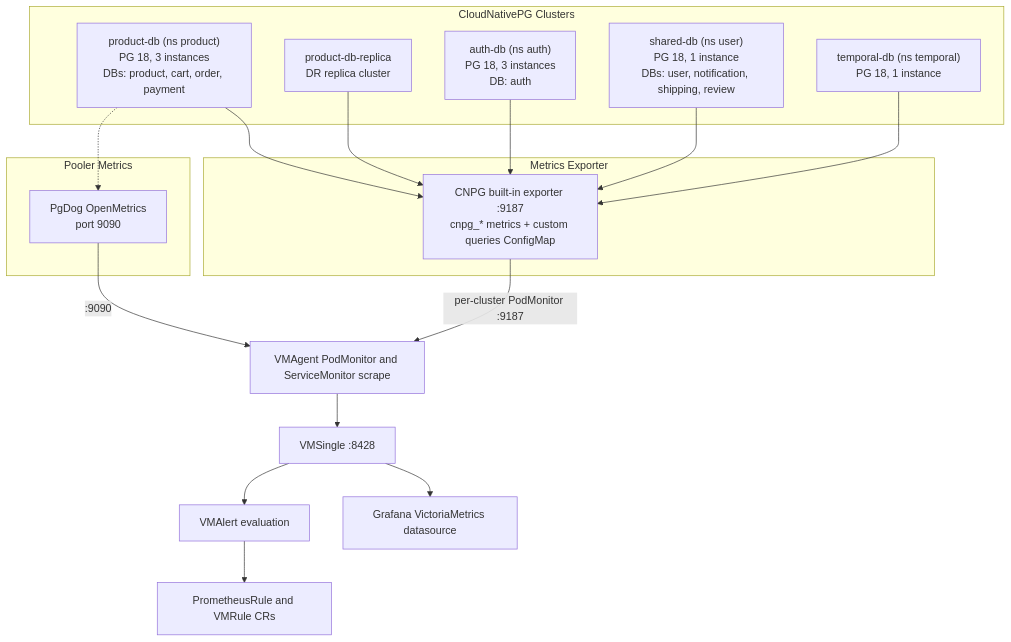
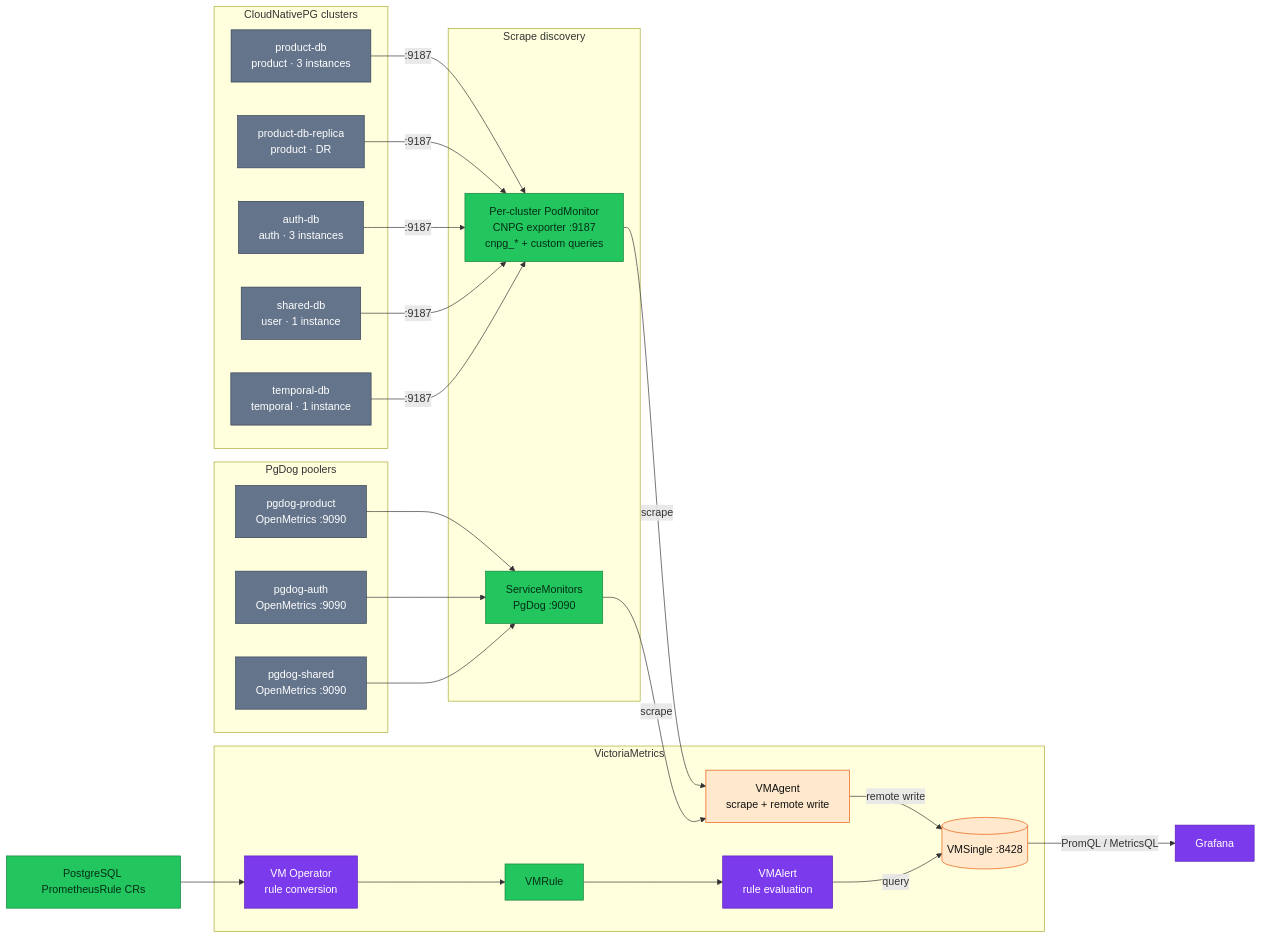
One commit to duynhlab/homelab changed the diagram in docs/observability/metrics/postgresql/monitoring.md. Above: the diagram before and after it, drawn with Mermaid. The commit also changed other lines of this file and 33 other files, not shown here.

First line of the commit message:
Refresh observability diagrams (#516)

````diff
--- a/docs/observability/metrics/postgresql/monitoring.md
+++ b/docs/observability/metrics/postgresql/monitoring.md
@@ -9,34 +9,56 @@
 ```mermaid
-flowchart TD
-    subgraph cnpg [CloudNativePG Clusters]
-        productDB["product-db (ns product)<br/>PG 18, 3 instances<br/>DBs: product, cart, order, payment"]
-        productDR["product-db-replica<br/>DR replica cluster"]
-        authDB["auth-db (ns auth)<br/>PG 18, 3 instances<br/>DB: auth"]
-        sharedDB["shared-db (ns user)<br/>PG 18, 1 instance<br/>DBs: user, notification, shipping, review"]
-        temporalDB["temporal-db (ns temporal)<br/>PG 18, 1 instance"]
+flowchart LR
+    subgraph databases["CloudNativePG clusters"]
+        productDB["product-db<br/>product · 3 instances"]
+        productDR["product-db-replica<br/>product · DR"]
+        authDB["auth-db<br/>auth · 3 instances"]
+        sharedDB["shared-db<br/>user · 1 instance"]
+        temporalDB["temporal-db<br/>temporal · 1 instance"]
     end
 
-    subgraph exporters [Metrics Exporter]
-        cnpgBuiltin["CNPG built-in exporter :9187<br/>cnpg_* metrics + custom queries ConfigMap"]
+    subgraph poolers["PgDog poolers"]
+        productPgDog["pgdog-product<br/>OpenMetrics :9090"]
+        authPgDog["pgdog-auth<br/>OpenMetrics :9090"]
+        sharedPgDog["pgdog-shared<br/>OpenMetrics :9090"]
     end
 
-    productDB --> cnpgBuiltin
-    productDR --> cnpgBuiltin
-    authDB --> cnpgBuiltin
-    sharedDB --> cnpgBuiltin
-    temporalDB --> cnpgBuiltin
-
-    subgraph poolerMetrics [Pooler Metrics]
-        pgdogMetrics["PgDog OpenMetrics<br/>port 9090"]
+    subgraph discovery["Scrape discovery"]
+        cnpgMon["Per-cluster PodMonitor<br/>CNPG exporter :9187<br/>cnpg_* + custom queries"]
+        pgdogMon["ServiceMonitors<br/>PgDog :9090"]
     end
 
-    productDB -.-> pgdogMetrics
+    subgraph metrics["VictoriaMetrics"]
+        vma["VMAgent<br/>scrape + remote write"]
+        vms[("VMSingle :8428")]
+        vmop["VM Operator<br/>rule conversion"]
+        vmrule["VMRule"]
+        vmalert["VMAlert<br/>rule evaluation"]
+    end
 
-    cnpgBuiltin -->|"per-cluster PodMonitor :9187"| vma
-    pgdogMetrics -->|":9090"| vma
+    productDB -->|":9187"| cnpgMon
+    productDR -->|":9187"| cnpgMon
+    authDB -->|":9187"| cnpgMon
+    sharedDB -->|":9187"| cnpgMon
+    temporalDB -->|":9187"| cnpgMon
 
-    vma["VMAgent PodMonitor and ServiceMonitor scrape"] --> vms["VMSingle :8428"]
-    vms --> grafana["Grafana VictoriaMetrics datasource"]
-    vms --> vmalert["VMAlert evaluation"]
-    vmalert --> ruleCRs["PrometheusRule and VMRule CRs"]
+    productPgDog --> pgdogMon
+    authPgDog --> pgdogMon
+    sharedPgDog --> pgdogMon
+
+    cnpgMon -->|scrape| vma
+    pgdogMon -->|scrape| vma
+    vma -->|remote write| vms
+    vms -->|"PromQL / MetricsQL"| grafana["Grafana"]
+
+    ruleCRs["PostgreSQL PrometheusRule CRs"] --> vmop --> vmrule --> vmalert
+    vmalert -->|query| vms
+
+    classDef external fill:#64748b,color:#fff,stroke:#334155;
+    classDef data fill:#22c55e,color:#052e16,stroke:#15803d;
+    classDef metric fill:#ffe8cc,color:#111,stroke:#e8590c;
+    classDef platform fill:#7c3aed,color:#fff,stroke:#5b21b6;
+    class productDB,productDR,authDB,sharedDB,temporalDB,productPgDog,authPgDog,sharedPgDog external;
+    class cnpgMon,pgdogMon,ruleCRs,vmrule data;
+    class vma,vms metric;
+    class vmop,vmalert,grafana platform;
 ```
````
